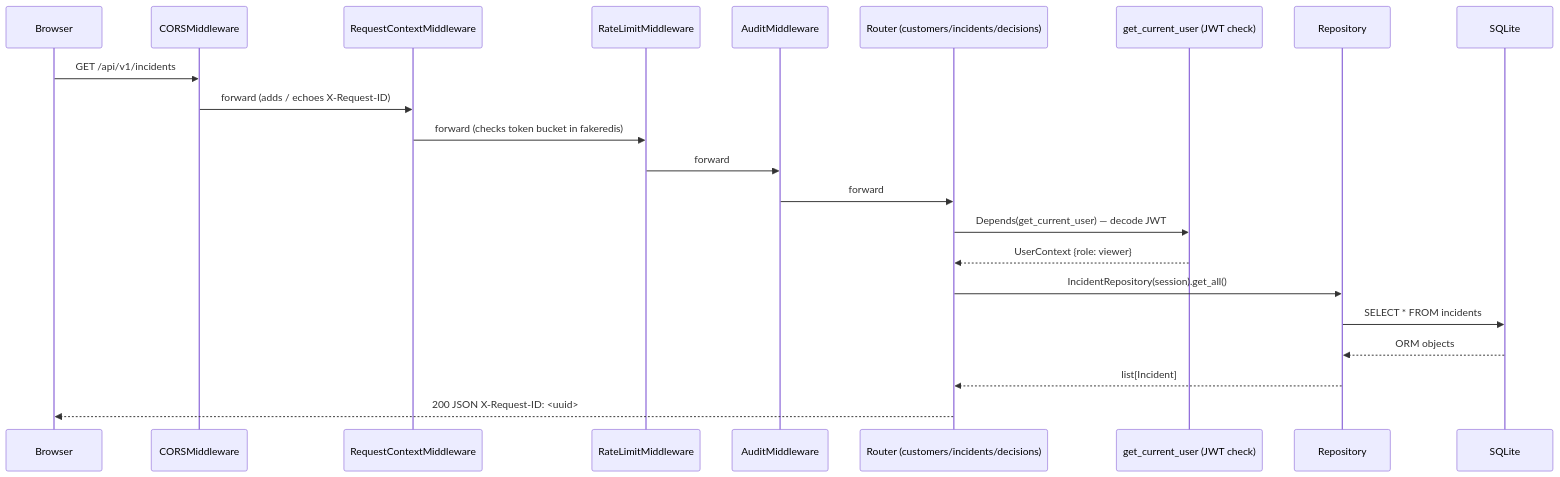
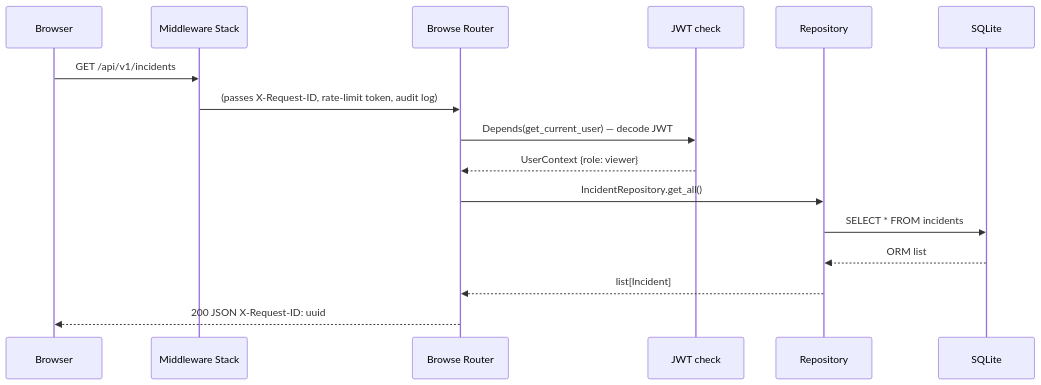
The third of 5 diagrams in internal/Infra_design_evolution/Phase5_Infra_design_evolution.md (sarat-coder/NovaEnterprise), drawn with Mermaid before and after one commit. The commit also changed other lines of this file and 4 other files, not shown here.

First line of the commit message:
Phase 5: API contract and browse API

````diff
--- a/internal/Infra_design_evolution/Phase5_Infra_design_evolution.md
+++ b/internal/Infra_design_evolution/Phase5_Infra_design_evolution.md
@@ -76,25 +60,19 @@
 ```mermaid
 sequenceDiagram
     participant B as Browser
-    participant CORS as CORSMiddleware
-    participant RID as RequestContextMiddleware
-    participant RL as RateLimitMiddleware
-    participant AUD as AuditMiddleware
-    participant RT as Router (customers/incidents/decisions)
-    participant SEC as get_current_user (JWT check)
+    participant MW as Middleware Stack
+    participant RT as Browse Router
+    participant SEC as JWT check
     participant REPO as Repository
     participant DB as SQLite
 
-    B->>CORS: GET /api/v1/incidents
-    CORS->>RID: forward (adds / echoes X-Request-ID)
-    RID->>RL: forward (checks token bucket in fakeredis)
-    RL->>AUD: forward
-    AUD->>RT: forward
+    B->>MW: GET /api/v1/incidents
+    MW->>RT: (passes X-Request-ID, rate-limit token, audit log)
     RT->>SEC: Depends(get_current_user) — decode JWT
     SEC-->>RT: UserContext {role: viewer}
-    RT->>REPO: IncidentRepository(session).get_all()
+    RT->>REPO: IncidentRepository.get_all()
     REPO->>DB: SELECT * FROM incidents
-    DB-->>REPO: ORM objects
+    DB-->>REPO: ORM list
     REPO-->>RT: list[Incident]
-    RT-->>B: 200 JSON  X-Request-ID: <uuid>
+    RT-->>B: 200 JSON  X-Request-ID: uuid
 ```
````
